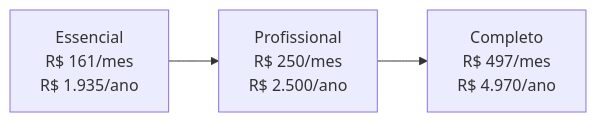
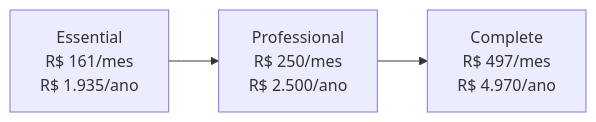
Before and after one commit to BooPixel/boopixel-strategy: the first of 3 diagrams in pricing.md, drawn with Mermaid. The commit also changed other lines of this file, not shown here.

````diff
--- a/pricing.md
+++ b/pricing.md
@@ -34,5 +34,5 @@
 ```mermaid
 graph LR
-    A[Essencial<br>R$ 161/mes<br>R$ 1.935/ano] --> B[Profissional<br>R$ 250/mes<br>R$ 2.500/ano]
-    B --> C[Completo<br>R$ 497/mes<br>R$ 4.970/ano]
+    A[Essential<br>R$ 161/mes<br>R$ 1.935/ano] --> B[Professional<br>R$ 250/mes<br>R$ 2.500/ano]
+    B --> C[Complete<br>R$ 497/mes<br>R$ 4.970/ano]
 ```
````
